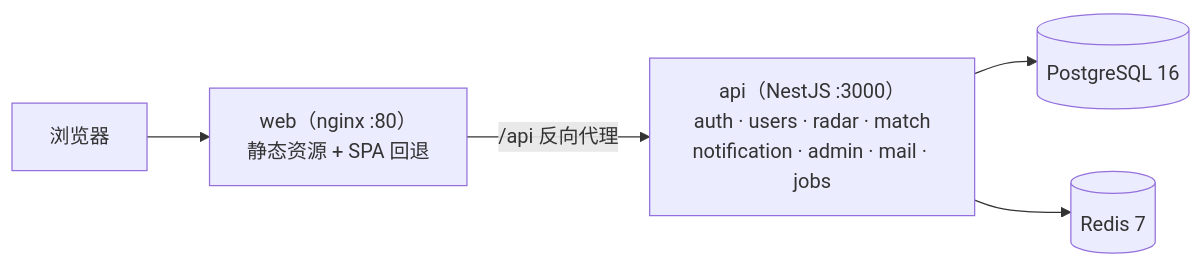
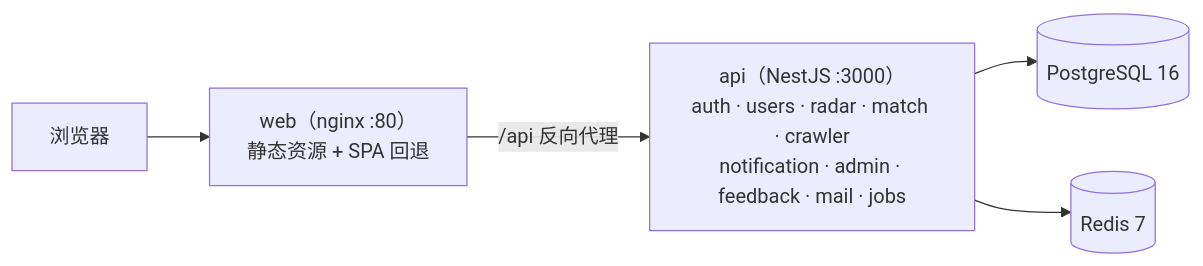
Before and after one commit to pyzw618/UESTC-Teamup: the diagram in README.md, drawn with Mermaid. The commit also changed other lines of this file and 48 other files, not shown here.

````diff
--- a/README.md
+++ b/README.md
@@ -75,7 +79,7 @@
 ```mermaid
 flowchart LR
     B[浏览器] --> W["web（nginx :80）<br/>静态资源 + SPA 回退"]
-    W -- "/api 反向代理" --> A["api（NestJS :3000）<br/>auth · users · radar · match<br/>notification · admin · mail · jobs"]
+    W -- "/api 反向代理" --> A["api（NestJS :3000）<br/>auth · users · radar · match · crawler<br/>notification · admin · feedback · mail · jobs"]
     A --> P[("PostgreSQL 16")]
     A --> R[("Redis 7")]
 ```
````
